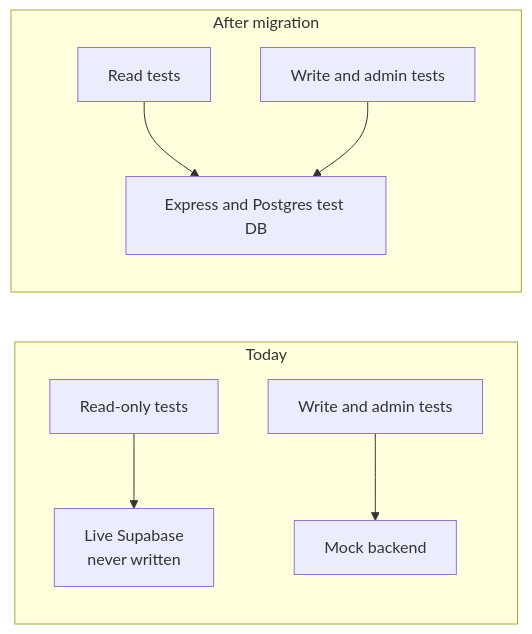
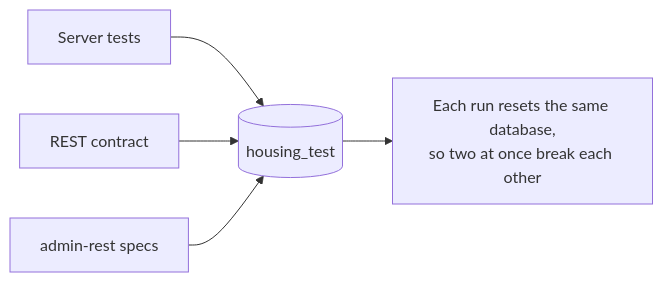
Before and after one commit to rajuofficialasf-hub/house-construction: the second of 2 diagrams in docs/diagrams/test-strategy.md, drawn with Mermaid. The commit also changed other lines of this file and 15 other files, not shown here.

````diff
--- a/docs/diagrams/test-strategy.md
+++ b/docs/diagrams/test-strategy.md
@@ -30,11 +36,7 @@
 ```mermaid
 flowchart LR
-  subgraph Today
-    R[Read-only tests] --> LV[Live Supabase<br/>never written]
-    W[Write and admin tests] --> MK[Mock backend]
-  end
-  subgraph AfterMigration[After migration]
-    R2[Read tests] --> NB[Express and Postgres test DB]
-    W2[Write and admin tests] --> NB
-  end
+  S[Server tests] --> T[(housing_test)]
+  C[REST contract] --> T
+  A[admin-rest specs] --> T
+  T --> R[Each run resets the same database,<br/>so two at once break each other]
 ```
````
